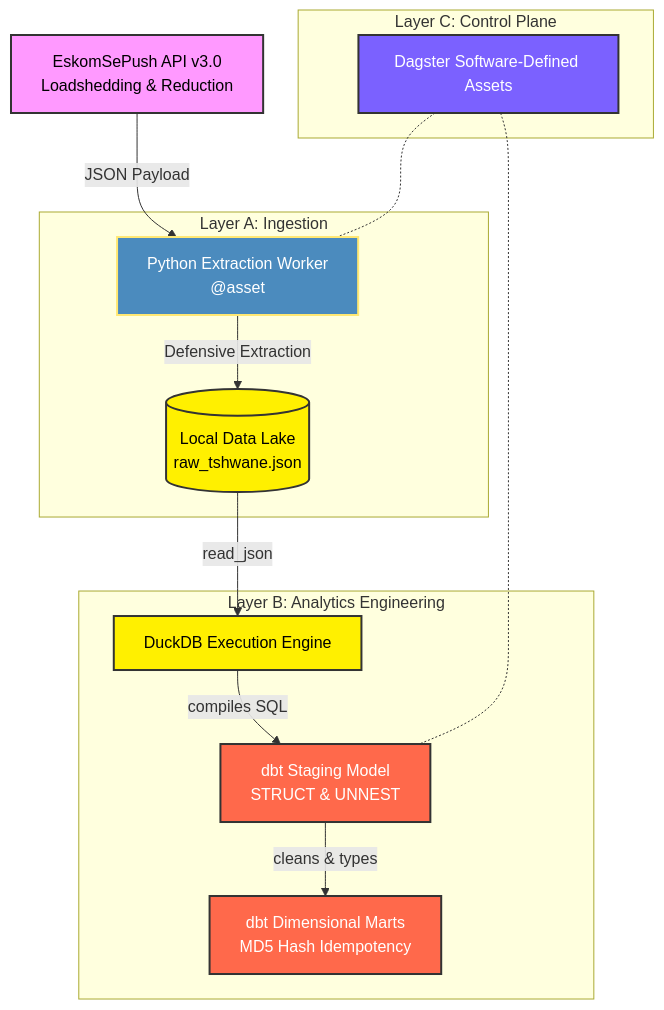
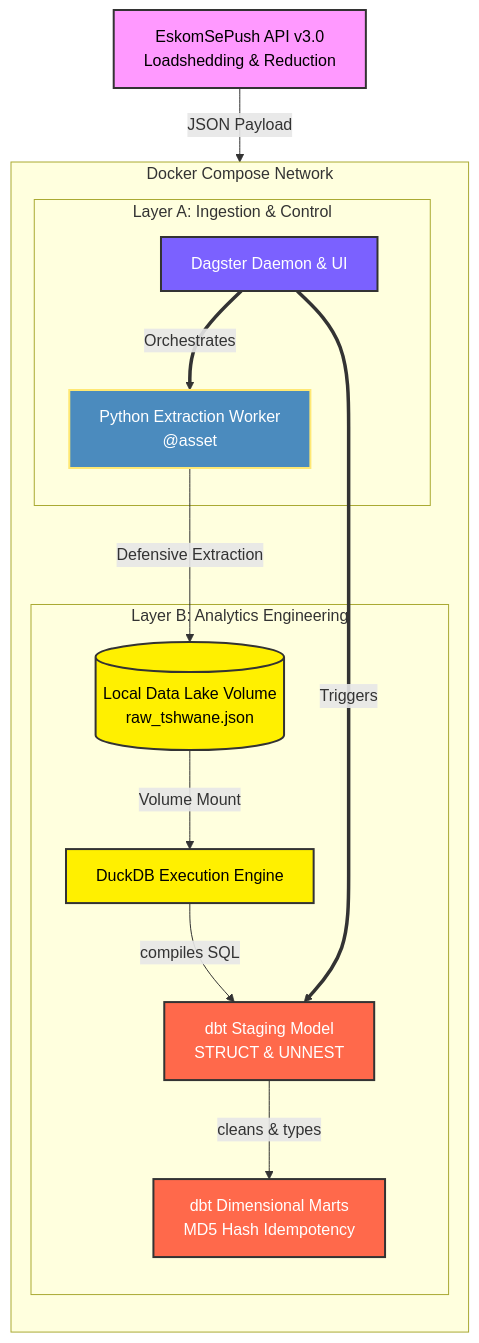
The diagram in README.md (Furnx/eskom-grid-observability), drawn with Mermaid before and after one commit. The commit also changed other lines of this file, not shown here.

Commit message:
Update README.md to clarify project architecture and enhance containerization details

````diff
--- a/README.md
+++ b/README.md
@@ -17,39 +18,40 @@
 ```mermaid
 graph TD
     %% Define Styles
     classDef api fill:#f9f,stroke:#333,stroke-width:2px,color:#000;
     classDef python fill:#4B8BBE,stroke:#FFE873,stroke-width:2px,color:#fff;
     classDef duckdb fill:#FFF000,stroke:#333,stroke-width:2px,color:#000;
     classDef dbt fill:#FF694B,stroke:#333,stroke-width:2px,color:#fff;
     classDef dagster fill:#7b61ff,stroke:#333,stroke-width:2px,color:#fff;
+    classDef docker fill:#2496ED,stroke:#333,stroke-width:2px,color:#fff;
 
     %% Nodes
     A[EskomSePush API v3.0<br/>Loadshedding & Reduction]:::api
     
-    subgraph Layer A: Ingestion
-        B[Python Extraction Worker<br/>@asset]:::python
-        C[(Local Data Lake<br/>raw_tshwane.json)]:::duckdb
-    end
+    subgraph Docker Compose Network
+        direction TB
+        
+        subgraph Layer A: Ingestion & Control
+            Z[Dagster Daemon & UI]:::dagster
+            B[Python Extraction Worker<br/>@asset]:::python
+        end
 
-    subgraph Layer B: Analytics Engineering
-        D[DuckDB Execution Engine]:::duckdb
-        E[dbt Staging Model<br/>STRUCT & UNNEST]:::dbt
-        F[dbt Dimensional Marts<br/>MD5 Hash Idempotency]:::dbt
-    end
-
-    %% DAGSTER Control Plane Box
-    subgraph Layer C: Control Plane
-        Z[Dagster Software-Defined Assets]:::dagster
+        subgraph Layer B: Analytics Engineering
+            C[(Local Data Lake Volume<br/>raw_tshwane.json)]:::duckdb
+            D[DuckDB Execution Engine]:::duckdb
+            E[dbt Staging Model<br/>STRUCT & UNNEST]:::dbt
+            F[dbt Dimensional Marts<br/>MD5 Hash Idempotency]:::dbt
+        end
     end
 
     %% Edges
     A -->|JSON Payload| B
     B -->|Defensive Extraction| C
-    C -->|read_json| D
+    C -->|Volume Mount| D
     D -->|compiles SQL| E
     E -->|cleans & types| F
     
-    %% Invisible links to force Dagster wrapping visually
-    Z -.- B
-    Z -.- E
+    %% Control lines
+    Z ==>|Orchestrates| B
+    Z ==>|Triggers| E
 ```
````
